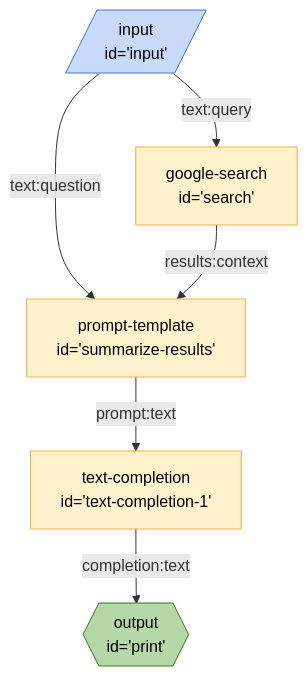
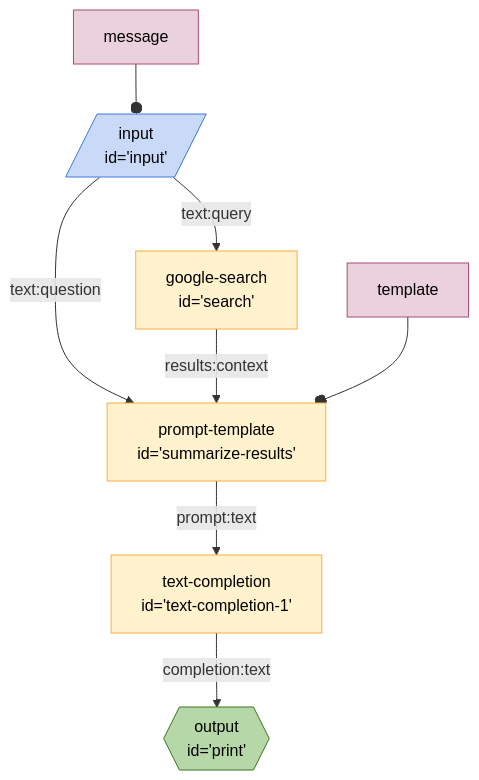
One commit to breadboard-ai/breadboard changed the diagram in seeds/graph-playground/docs/graphs/search-summarize.md. Above: the diagram before and after it, drawn with Mermaid. The commit also changed 15 other files, not shown here.

First line of the commit message:
[graphs] Show `configuration` as constants.

````diff
--- a/seeds/graph-playground/docs/graphs/search-summarize.md
+++ b/seeds/graph-playground/docs/graphs/search-summarize.md
@@ -4,25 +4,28 @@
 ```mermaid
 %%{init: 'themeVariables': { 'fontFamily': 'Fira Code, monospace' }}%%
 graph TD;
 input[/"input
 id='input'"/]:::input -- text:question --> summarizeresults["prompt-template
 id='summarize-results'"]
 input[/"input
 id='input'"/]:::input -- text:query --> search["google-search
 id='search'"]
 search["google-search
 id='search'"] -- results:context --> summarizeresults["prompt-template
 id='summarize-results'"]
 summarizeresults["prompt-template
 id='summarize-results'"] -- prompt:text --> textcompletion1["text-completion
 id='text-completion-1'"]
 textcompletion1["text-completion
 id='text-completion-1'"] -- completion:text --> print{{"output
 id='print'"}}:::output
+messageinput[message]:::config --o input
+templatesummarizeresults[template]:::config --o summarizeresults
 classDef default stroke:#ffab40,fill:#fff2ccff,color:#000
 classDef input stroke:#3c78d8,fill:#c9daf8ff,color:#000
 classDef output stroke:#38761d,fill:#b6d7a8ff,color:#000
 classDef passthrough stroke:#a64d79,fill:#ead1dcff,color:#000
 classDef slot stroke:#a64d79,fill:#ead1dcff,color:#000
+classDef config stroke:#a64d79,fill:#ead1dcff,color:#000
 classDef slotted stroke:#a64d79
 ```
````
